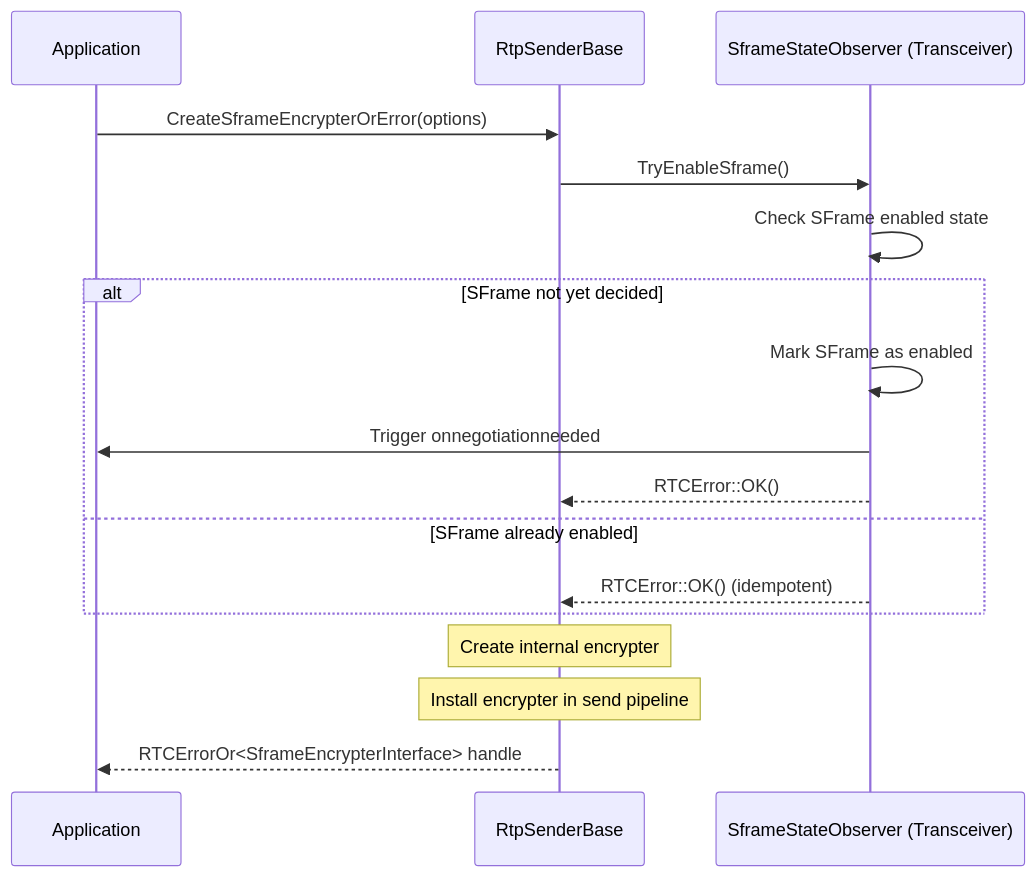
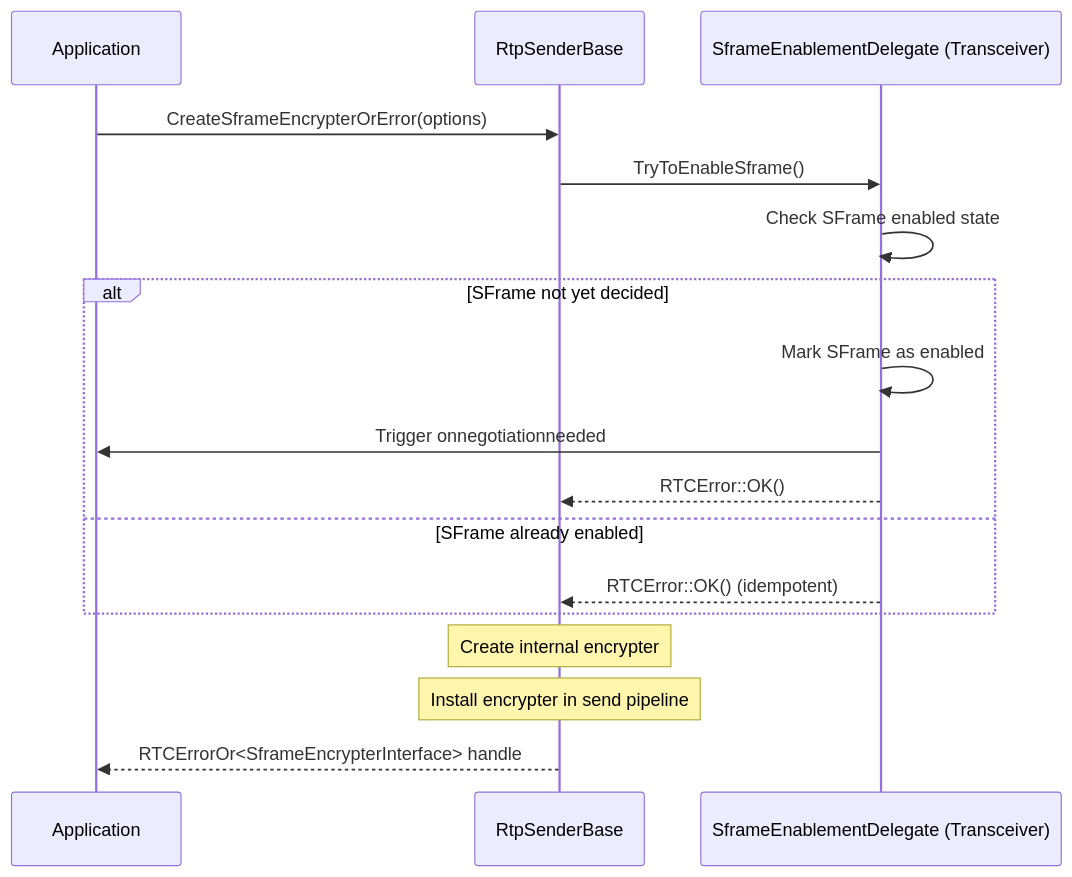
One commit to webex/webrtc-sframe changed the fifth of 16 diagrams in README.md. Above: the diagram before and after it, drawn with Mermaid. The commit also changed other lines of this file and 1 other file, not shown here.

Commit message:
updated diagrams

````diff
--- a/README.md
+++ b/README.md
@@ -193,22 +195,22 @@
 ```mermaid
 sequenceDiagram
     participant App as Application
     participant Sender as RtpSenderBase
-    participant Observer as SframeStateObserver (Transceiver)
+    participant Observer as SframeEnablementDelegate (Transceiver)
 
     App->>Sender: CreateSframeEncrypterOrError(options)
-    Sender->>Observer: TryEnableSframe()
+    Sender->>Observer: TryToEnableSframe()
     Observer->>Observer: Check SFrame enabled state
 
     alt SFrame not yet decided
         Observer->>Observer: Mark SFrame as enabled
         Observer->>App: Trigger onnegotiationneeded
         Observer-->>Sender: RTCError::OK()
     else SFrame already enabled
         Observer-->>Sender: RTCError::OK() (idempotent)
     end
 
     Note over Sender: Create internal encrypter
     Note over Sender: Install encrypter in send pipeline
     Sender-->>App: RTCErrorOr<SframeEncrypterInterface> handle
 ```
````
